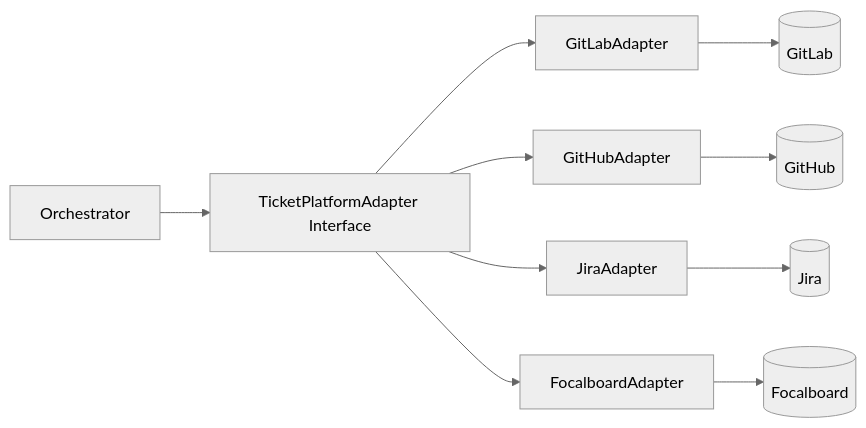
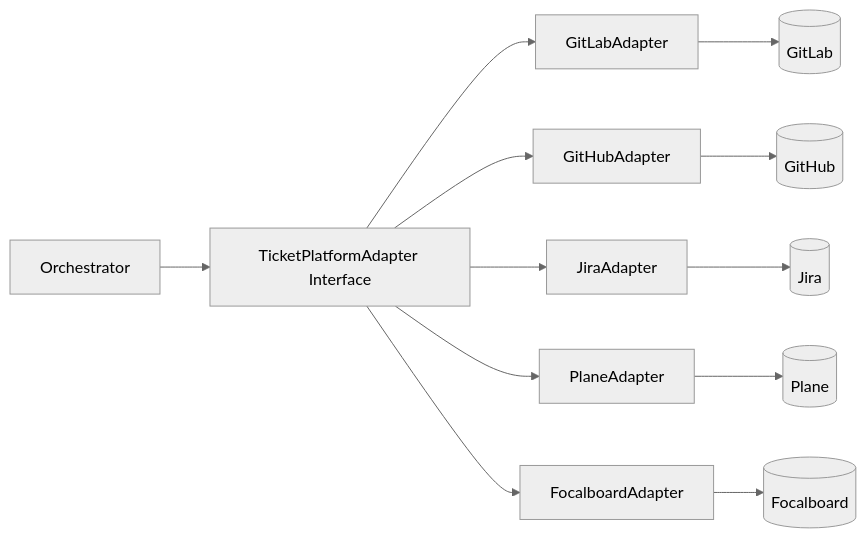
One commit to BEOKS/Workforce changed the diagram in docs/ticket-platform-interface.md. Above: the diagram before and after it, drawn with Mermaid (neutral theme). The commit also changed other lines of this file and 19 other files, not shown here.

````diff
--- a/docs/ticket-platform-interface.md
+++ b/docs/ticket-platform-interface.md
@@ -177,13 +184,15 @@
 ```mermaid
 flowchart LR
     ORCH[Orchestrator] --> SPI[TicketPlatformAdapter Interface]
     SPI --> GA[GitLabAdapter]
     SPI --> GHA[GitHubAdapter]
     SPI --> JA[JiraAdapter]
+    SPI --> PA[PlaneAdapter]
     SPI --> FA[FocalboardAdapter]
 
     GA --> GL[(GitLab)]
     GHA --> GH[(GitHub)]
     JA --> JR[(Jira)]
+    PA --> PL[(Plane)]
     FA --> FB[(Focalboard)]
 ```
````
